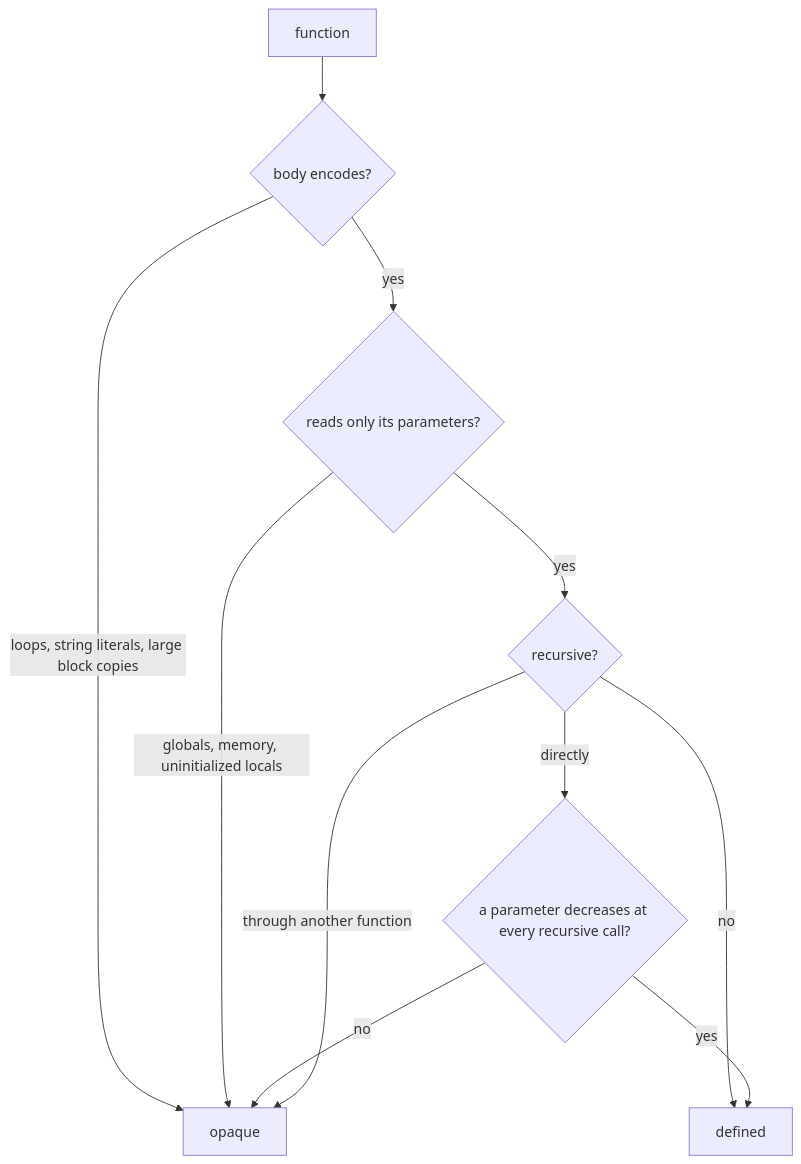
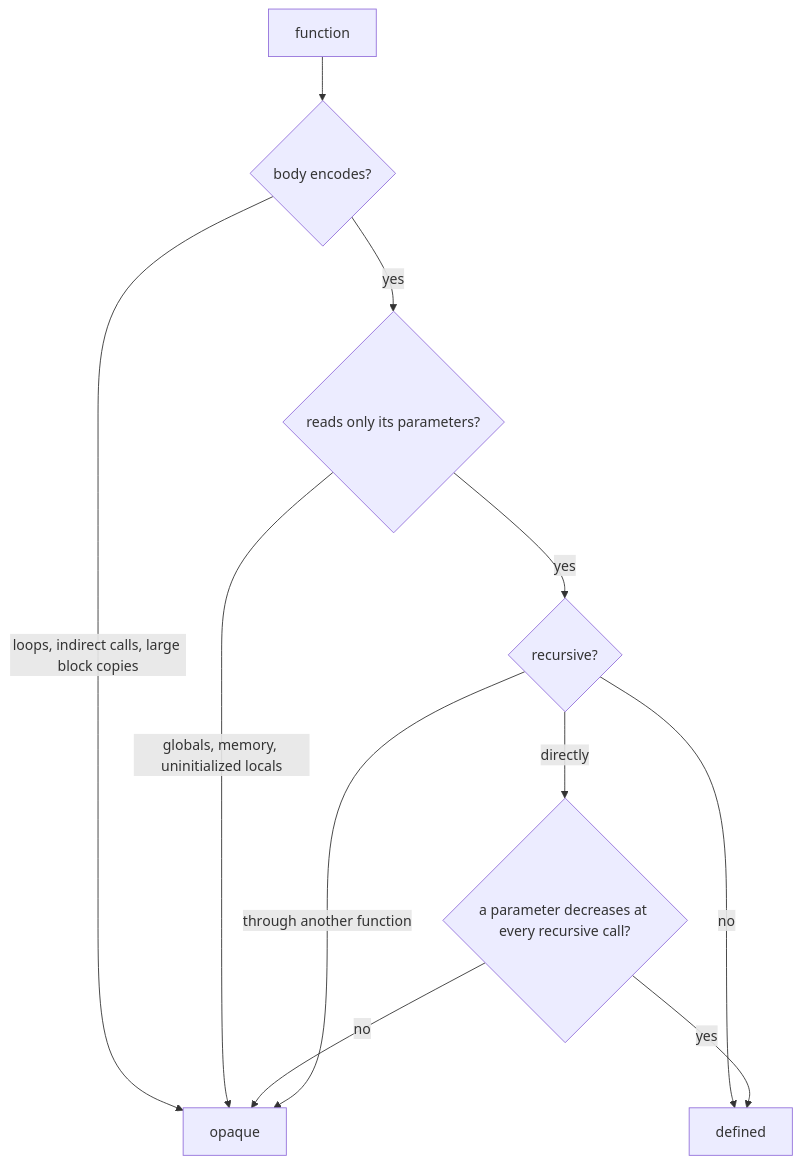
One commit to The-Mettle-Project/Mettle changed the first of 2 diagrams in docs/proofs.md. Above: the diagram before and after it, drawn with Mermaid. The commit also changed other lines of this file and 6 other files, not shown here.

First line of the commit message:
Model calls to functions without a body and string literals in the prover and translation validation

````diff
--- a/docs/proofs.md
+++ b/docs/proofs.md
@@ -226,13 +229,13 @@
 ```mermaid
 flowchart TD
   F[function] --> E{body encodes?}
-  E -- loops, string literals, large block copies --> O[opaque]
+  E -- loops, indirect calls, large block copies --> O[opaque]
   E -- yes --> R{reads only its parameters?}
   R -- globals, memory, uninitialized locals --> O
   R -- yes --> C{recursive?}
   C -- no --> D[defined]
   C -- directly --> M{a parameter decreases at every recursive call?}
   M -- yes --> D
   M -- no --> O
   C -- through another function --> O
 ```
````
